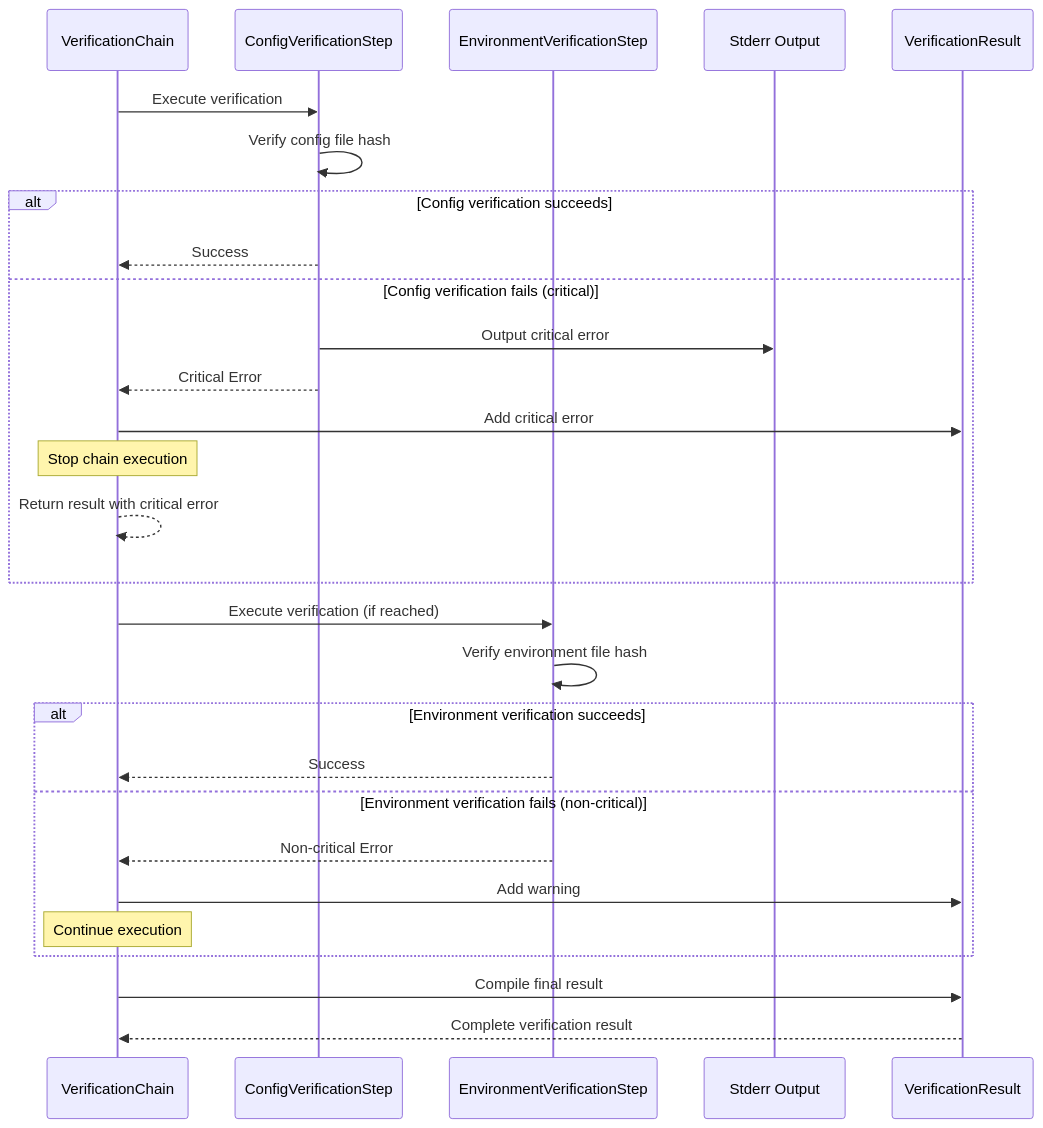
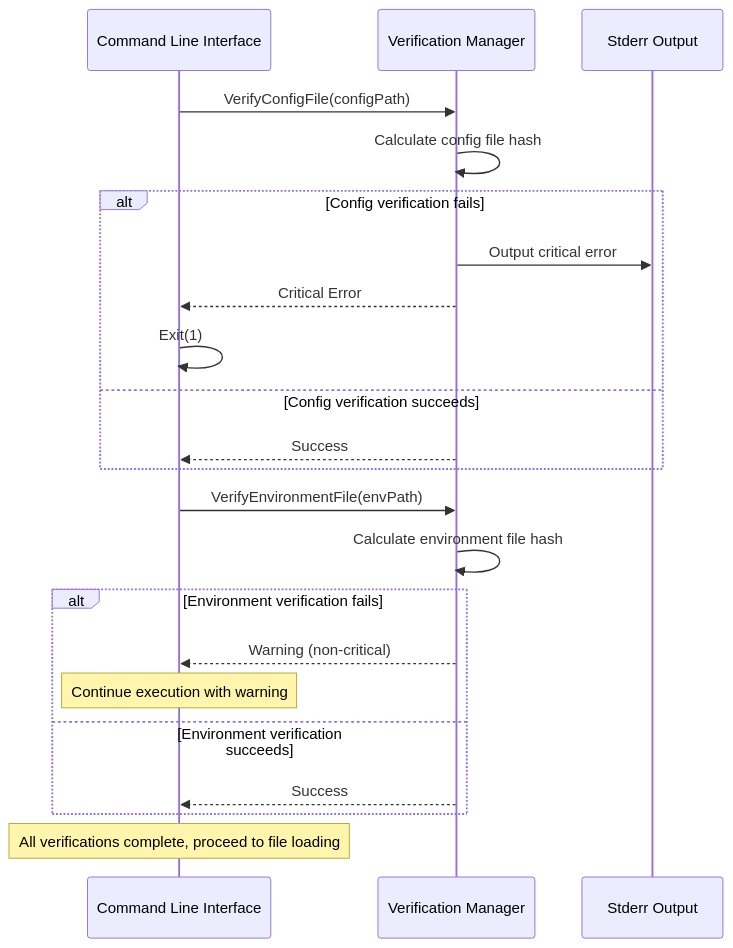
One commit to isseis/go-safe-cmd-runner changed the fifth of 7 diagrams in docs/tasks/0021_config_verification_timing/02_architecture.md. Above: the diagram before and after it, drawn with Mermaid. The commit also changed other lines of this file and 1 other file, not shown here.

Commit message:
Refactor config verification timing docs to simpler verification flow
- Replace VerificationChain concept with simple CLI -> Verification Manager flow
- Add HashDirectoryError type and clarify error categorization (critical vs warning)
- Specify performConfigFileVerification and performEnvironmentFileVerification behaviours
- Update sequence diagrams, run() spec and related test names/descriptions

````diff
--- a/docs/tasks/0021_config_verification_timing/02_architecture.md
+++ b/docs/tasks/0021_config_verification_timing/02_architecture.md
@@ -171,33 +171,27 @@
 ```mermaid
 sequenceDiagram
-    participant VC as VerificationChain
-    participant VS1 as ConfigVerificationStep
-    participant VS2 as EnvironmentVerificationStep
+    participant CLI as Command Line Interface
+    participant VM as Verification Manager
     participant STDERR as Stderr Output
-    participant RESULT as VerificationResult
 
-    VC->>VS1: Execute verification
-    VS1->>VS1: Verify config file hash
-    alt Config verification succeeds
-        VS1-->>VC: Success
-    else Config verification fails (critical)
-        VS1->>STDERR: Output critical error
-        VS1-->>VC: Critical Error
-        VC->>RESULT: Add critical error
-        Note over VC: Stop chain execution
-        VC-->>VC: Return result with critical error
+    CLI->>VM: VerifyConfigFile(configPath)
+    VM->>VM: Calculate config file hash
+    alt Config verification fails
+        VM->>STDERR: Output critical error
+        VM-->>CLI: Critical Error
+        CLI->>CLI: Exit(1)
+    else Config verification succeeds
+        VM-->>CLI: Success
     end
 
-    VC->>VS2: Execute verification (if reached)
-    VS2->>VS2: Verify environment file hash
-    alt Environment verification succeeds
-        VS2-->>VC: Success
-    else Environment verification fails (non-critical)
-        VS2-->>VC: Non-critical Error
-        VC->>RESULT: Add warning
-        Note over VC: Continue execution
+    CLI->>VM: VerifyEnvironmentFile(envPath)
+    VM->>VM: Calculate environment file hash
+    alt Environment verification fails
+        VM-->>CLI: Warning (non-critical)
+        Note over CLI: Continue execution with warning
+    else Environment verification succeeds
+        VM-->>CLI: Success
     end
 
-    VC->>RESULT: Compile final result
-    RESULT-->>VC: Complete verification result
+    Note over CLI: All verifications complete, proceed to file loading
 ```
````
